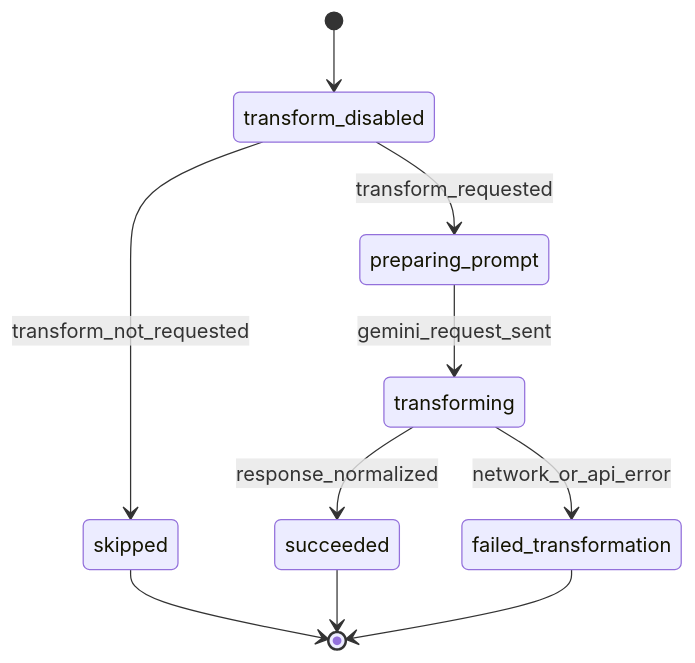
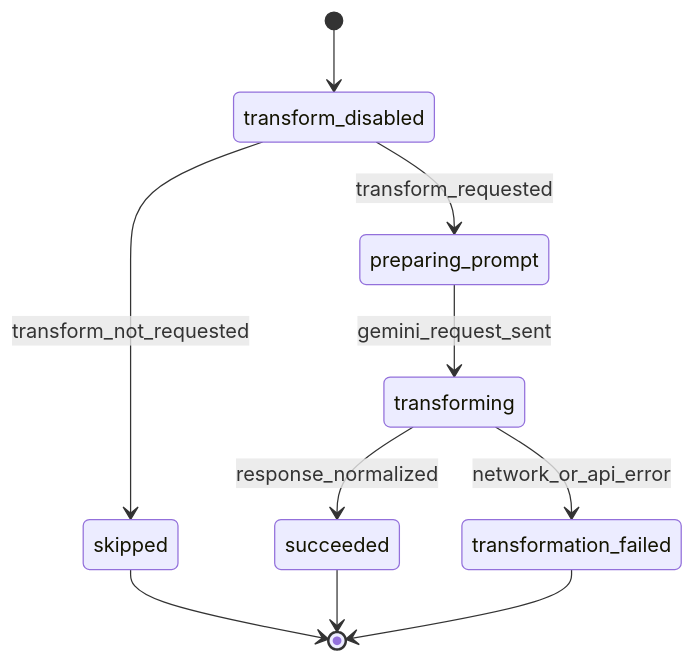
Before and after one commit to massun-onibakuchi/speech-to-text-app: the fourth of 5 diagrams in specs/ARCTECTURE.md, drawn with Mermaid. The commit also changed other lines of this file, not shown here.

````diff
--- a/specs/ARCTECTURE.md
+++ b/specs/ARCTECTURE.md
@@ -258,12 +266,12 @@
 ```mermaid
 stateDiagram-v2
     [*] --> transform_disabled
     transform_disabled --> skipped: transform_not_requested
     transform_disabled --> preparing_prompt: transform_requested
     preparing_prompt --> transforming: gemini_request_sent
     transforming --> succeeded: response_normalized
-    transforming --> failed_transformation: network_or_api_error
+    transforming --> transformation_failed: network_or_api_error
     skipped --> [*]
     succeeded --> [*]
-    failed_transformation --> [*]
+    transformation_failed --> [*]
 ```
````
